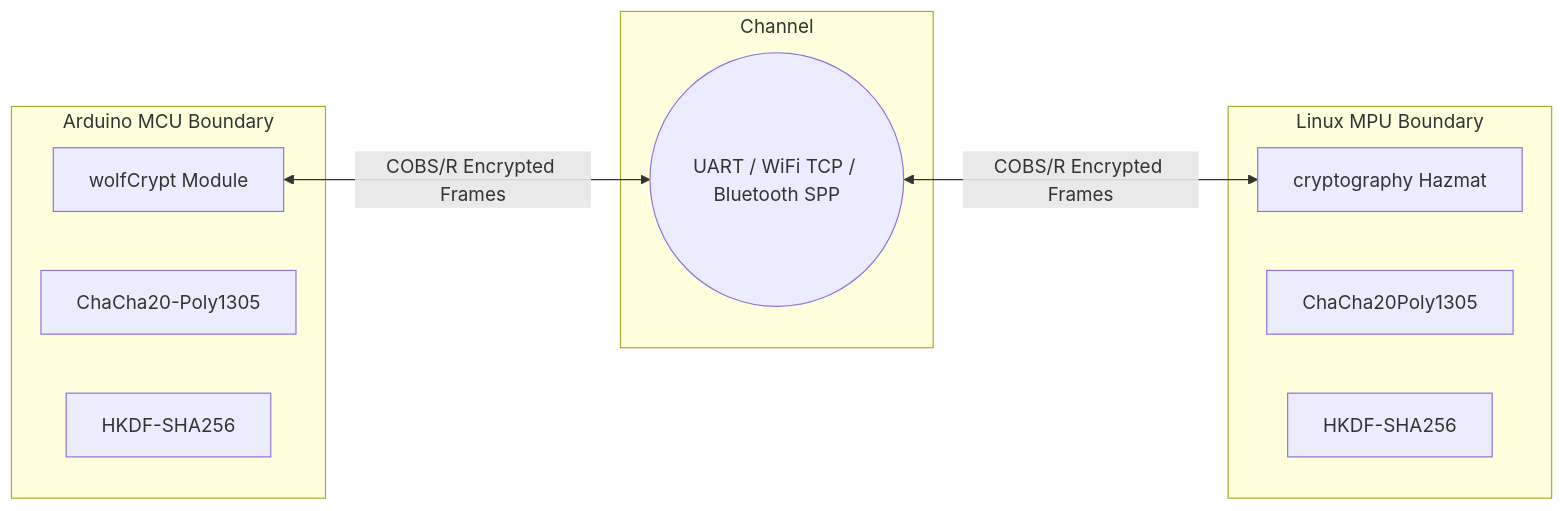
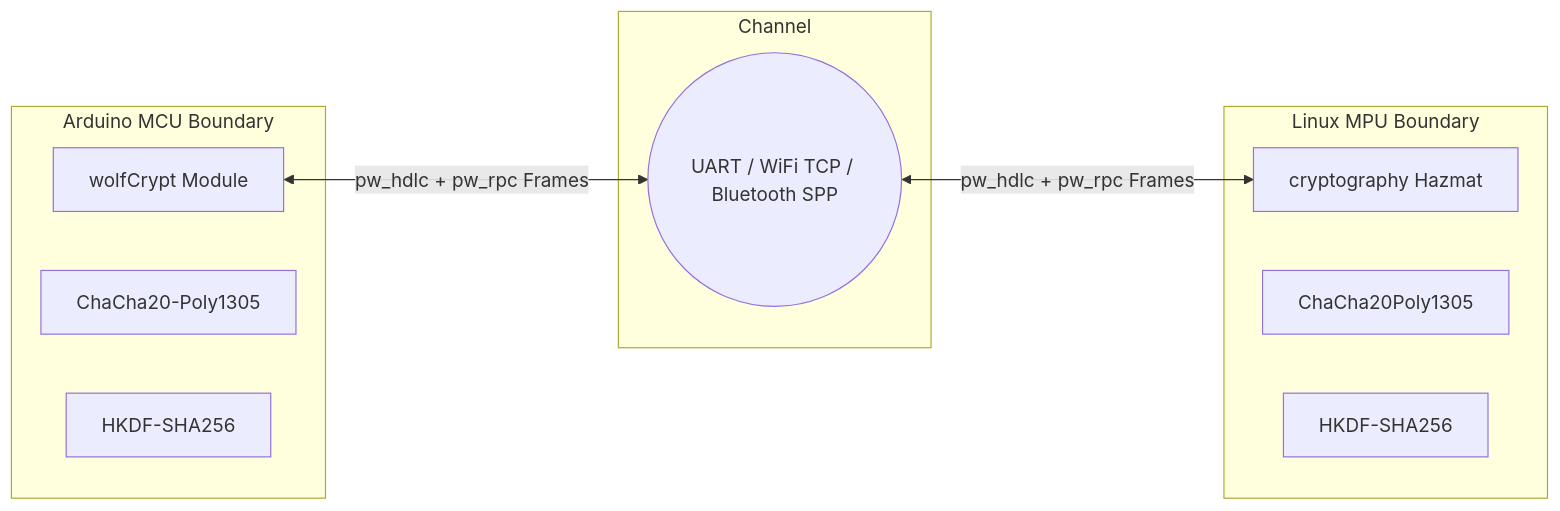
One commit to isantolin/arduino-yun-bridge2 changed the diagram in docs/security/FIPS140_3_SECURITY_POLICY.md. Above: the diagram before and after it, drawn with Mermaid. The commit also changed 25 other files, not shown here.

````diff
--- a/docs/security/FIPS140_3_SECURITY_POLICY.md
+++ b/docs/security/FIPS140_3_SECURITY_POLICY.md
@@ -14,21 +14,21 @@
 ```mermaid
 graph LR
     subgraph Arduino MCU Boundary
         A[wolfCrypt Module]
         B[ChaCha20-Poly1305]
         C[HKDF-SHA256]
     end
 
     subgraph Channel
         UART((UART / WiFi TCP / Bluetooth SPP))
     end
 
     subgraph Linux MPU Boundary
         D[cryptography Hazmat]
         E[ChaCha20Poly1305]
         F[HKDF-SHA256]
     end
 
-    A <-->|COBS/R Encrypted Frames| UART
-    UART <-->|COBS/R Encrypted Frames| D
+    A <-->|pw_hdlc + pw_rpc Frames| UART
+    UART <-->|pw_hdlc + pw_rpc Frames| D
 ```
````
